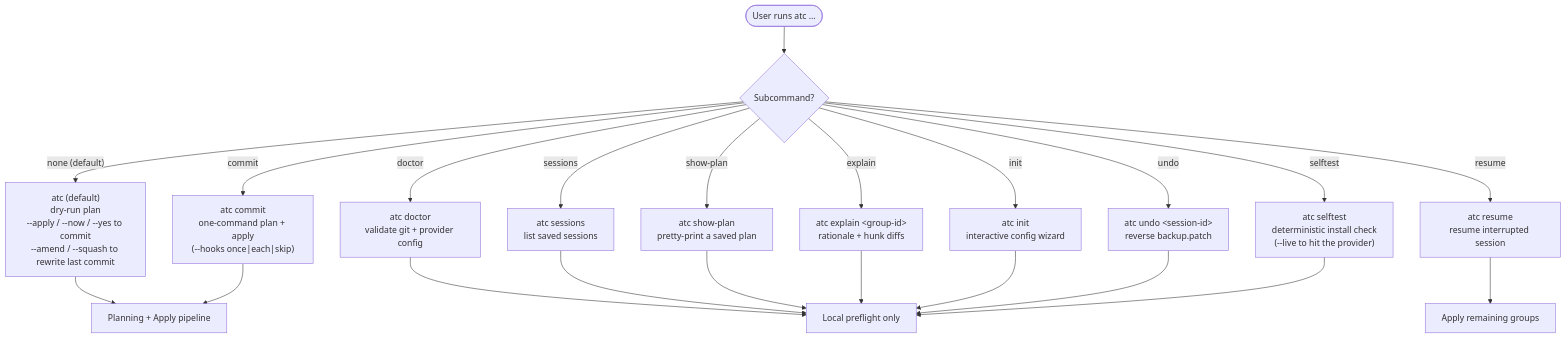
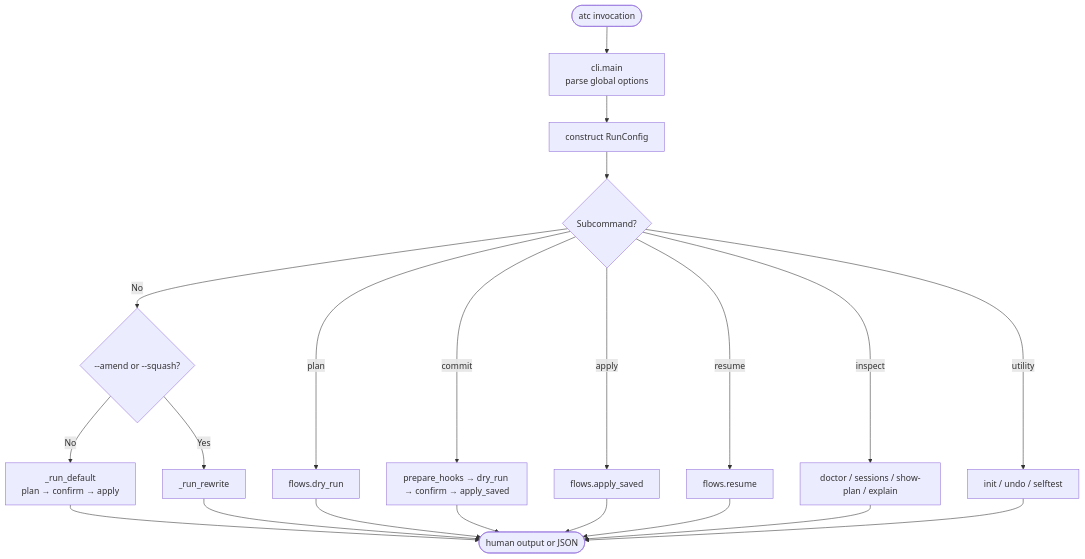
One commit to saurav-codes/atomic-commits changed the second of 12 diagrams in docs/architecture.md. Above: the diagram before and after it, drawn with Mermaid. The commit also changed other lines of this file, not shown here.

Commit message:
docs(architecture): rewrite architecture document for current version

````diff
--- a/docs/architecture.md
+++ b/docs/architecture.md
@@ -124,26 +84,26 @@
 ```mermaid
 flowchart TD
-    Start([User runs atc ...]) --> Decision{Subcommand?}
+    Start(["atc invocation"]) --> Parse["cli.main<br/>parse global options"]
+    Parse --> Config["construct RunConfig"]
+    Config --> Command{"Subcommand?"}
 
-    Decision -- "none (default)" --> Default["atc (default)<br/>dry-run plan<br/>--apply / --now / --yes to commit<br/>--amend / --squash to rewrite last commit"]
-    Decision -- "commit" --> CommitCmd["atc commit<br/>one-command plan + apply<br/>(--hooks once|each|skip)"]
-    Decision -- "doctor" --> Doctor["atc doctor<br/>validate git + provider config"]
-    Decision -- "resume" --> Resume["atc resume<br/>resume interrupted session"]
-    Decision -- "sessions" --> Sessions["atc sessions<br/>list saved sessions"]
-    Decision -- "show-plan" --> ShowPlan["atc show-plan<br/>pretty-print a saved plan"]
-    Decision -- "explain" --> Explain["atc explain &lt;group-id&gt;<br/>rationale + hunk diffs"]
-    Decision -- "init" --> Init["atc init<br/>interactive config wizard"]
-    Decision -- "undo" --> Undo["atc undo &lt;session-id&gt;<br/>reverse backup.patch"]
-    Decision -- "selftest" --> Selftest["atc selftest<br/>deterministic install check<br/>(--live to hit the provider)"]
+    Command -- No --> Rewrite{"--amend or --squash?"}
+    Rewrite -- No --> Default["_run_default<br/>plan → confirm → apply"]
+    Rewrite -- Yes --> RewriteFlow["_run_rewrite"]
 
-    Default --> MainFlow[Planning + Apply pipeline]
-    CommitCmd --> MainFlow
-    Resume --> ApplyOnly[Apply remaining groups]
-    Doctor --> LocalCheck[Local preflight only]
-    Sessions --> LocalCheck
-    ShowPlan --> LocalCheck
-    Explain --> LocalCheck
-    Init --> LocalCheck
-    Undo --> LocalCheck
-    Selftest --> LocalCheck
+    Command -- plan --> PlanOnly["flows.dry_run"]
+    Command -- commit --> Hooks["prepare_hooks → dry_run → confirm → apply_saved"]
+    Command -- apply --> Apply["flows.apply_saved"]
+    Command -- resume --> Resume["flows.resume"]
+    Command -- inspect --> Inspect["doctor / sessions / show-plan / explain"]
+    Command -- utility --> Utility["init / undo / selftest"]
+
+    Default --> Result(["human output or JSON"])
+    RewriteFlow --> Result
+    PlanOnly --> Result
+    Hooks --> Result
+    Apply --> Result
+    Resume --> Result
+    Inspect --> Result
+    Utility --> Result
 ```
````
